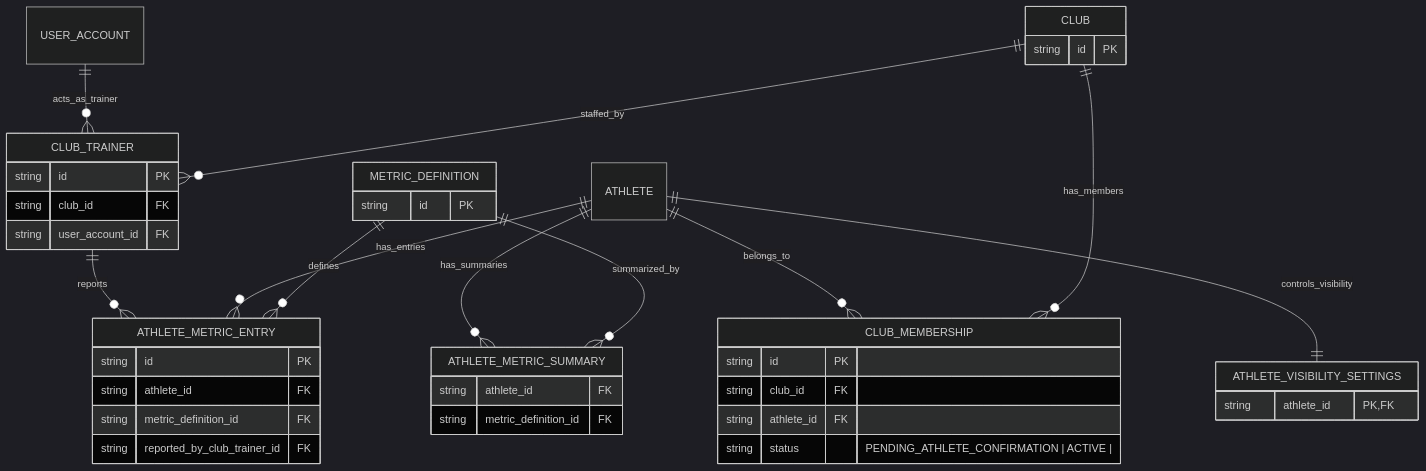
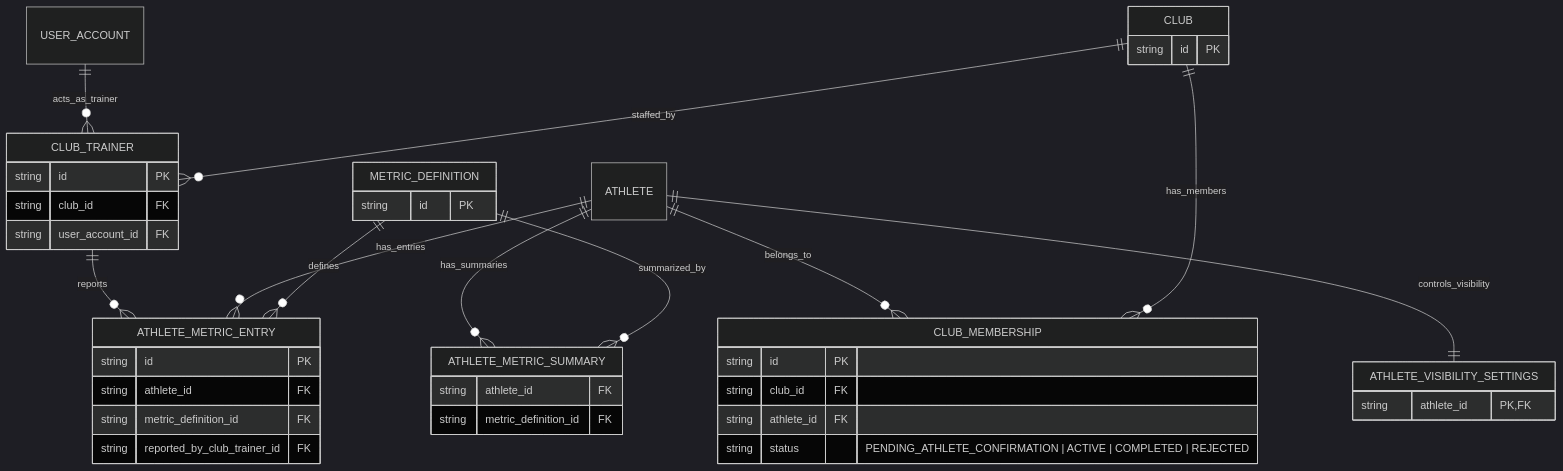
Before and after one commit to kamiloc/tetrades: the diagram in docs/erm/planned-clubs-metrics-visibility.mmd, drawn with Mermaid. The commit also changed 79 other files, not shown here.

```diff
--- a/docs/erm/planned-clubs-metrics-visibility.mmd
+++ b/docs/erm/planned-clubs-metrics-visibility.mmd
@@ -1,66 +1,66 @@
 ---
 config:
   theme: dark
   layout: dagre
 ---
 
 %% Entities and fields in this file are PLANNED, not built. Do not infer
 %% fields beyond what's shown. See docs/adr/013-pivot-clubs-metrics-trainer-portal-and-visibility.md
 %% Capability boundaries for this block are intentionally undecided —
 %% see ADR-013 Open Items. Do not split this file by capability until
 %% those are resolved.
 %% ATHLETE and USER_ACCOUNT appear only as edge endpoints; their canonical
 %% definitions live in athlete-profile-core.mmd and auth.mmd.
 
 erDiagram
   %% === Clubs, Metrics & Visibility (PLANNED — ADR-013) ===
   %% Not yet in prisma/schema.prisma. Entity-level only: PK/FK and the
   %% state field that ADR-013 depends on. Full field lists are defined by the
   %% openspec change that introduces them; do not infer fields from this block.
   CLUB {
     string id PK
   }
 
   CLUB_TRAINER {
     string id PK
     string club_id FK
     string user_account_id FK
   }
 
   CLUB_MEMBERSHIP {
     string id PK
     string club_id FK
     string athlete_id FK
-    string status "PENDING_ATHLETE_CONFIRMATION | ACTIVE | <terminal state — name TBD, ADR-013 open item>"
+    string status "PENDING_ATHLETE_CONFIRMATION | ACTIVE | COMPLETED | REJECTED"
   }
 
   METRIC_DEFINITION {
     string id PK
   }
 
   ATHLETE_METRIC_ENTRY {
     string id PK
     string athlete_id FK
     string metric_definition_id FK
     string reported_by_club_trainer_id FK
   }
 
   ATHLETE_METRIC_SUMMARY {
     string athlete_id FK
     string metric_definition_id FK
   }
 
   ATHLETE_VISIBILITY_SETTINGS {
     string athlete_id PK,FK
   }
 
   CLUB ||--o{ CLUB_TRAINER : "staffed_by"
   USER_ACCOUNT ||--o{ CLUB_TRAINER : "acts_as_trainer"
   CLUB ||--o{ CLUB_MEMBERSHIP : "has_members"
   ATHLETE ||--o{ CLUB_MEMBERSHIP : "belongs_to"
   METRIC_DEFINITION ||--o{ ATHLETE_METRIC_ENTRY : "defines"
   ATHLETE ||--o{ ATHLETE_METRIC_ENTRY : "has_entries"
   CLUB_TRAINER ||--o{ ATHLETE_METRIC_ENTRY : "reports"
   METRIC_DEFINITION ||--o{ ATHLETE_METRIC_SUMMARY : "summarized_by"
   ATHLETE ||--o{ ATHLETE_METRIC_SUMMARY : "has_summaries"
   ATHLETE ||--|| ATHLETE_VISIBILITY_SETTINGS : "controls_visibility"
```
